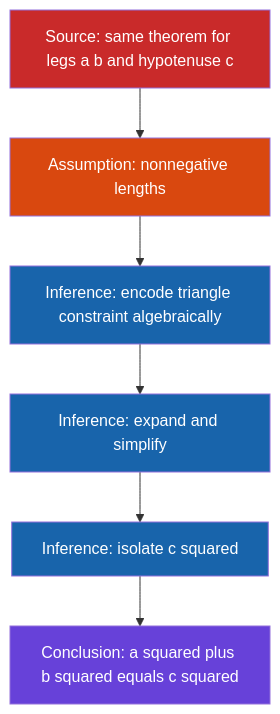
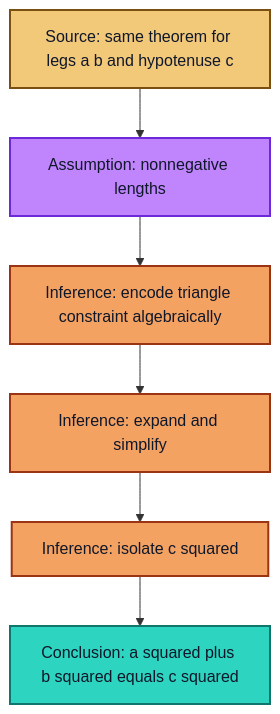
The seventh of 8 diagrams in collaborations/mathematics-database/algorithms-axiomatic-theories-proofs-revised.md (garywelz/progframe), drawn with Mermaid before and after one commit. The commit also changed other lines of this file and 13 other files, not shown here.

````diff
--- a/collaborations/mathematics-database/algorithms-axiomatic-theories-proofs-revised.md
+++ b/collaborations/mathematics-database/algorithms-axiomatic-theories-proofs-revised.md
@@ -379,16 +405,18 @@
 ```mermaid
 flowchart TD
   T2["Source: same theorem for legs a b and hypotenuse c"]
   A0["Assumption: nonnegative lengths"]
   R1["Inference: encode triangle constraint algebraically"]
   R2["Inference: expand and simplify"]
   R3["Inference: isolate c squared"]
   CO2["Conclusion: a squared plus b squared equals c squared"]
   T2 --> A0 --> R1 --> R2 --> R3 --> CO2
-  style T2 fill:#c92a2a,color:#fff
-  style A0 fill:#d9480f,color:#fff
-  style R1 fill:#1864ab,color:#fff
-  style R2 fill:#1864ab,color:#fff
-  style R3 fill:#1864ab,color:#fff
-  style CO2 fill:#6741d9,color:#fff
+  classDef proofSource fill:#f2c879,stroke:#7a4f12,color:#0f172a,stroke-width:2px
+  classDef proofAssumption fill:#c084fc,stroke:#6d28d9,color:#0f172a,stroke-width:2px
+  classDef proofInference fill:#f4a261,stroke:#9a3412,color:#0f172a,stroke-width:2px
+  classDef proofConclusion fill:#2dd4bf,stroke:#0f766e,color:#0f172a,stroke-width:2px
+  class T2 proofSource
+  class A0 proofAssumption
+  class R1,R2,R3 proofInference
+  class CO2 proofConclusion
 ```
````
